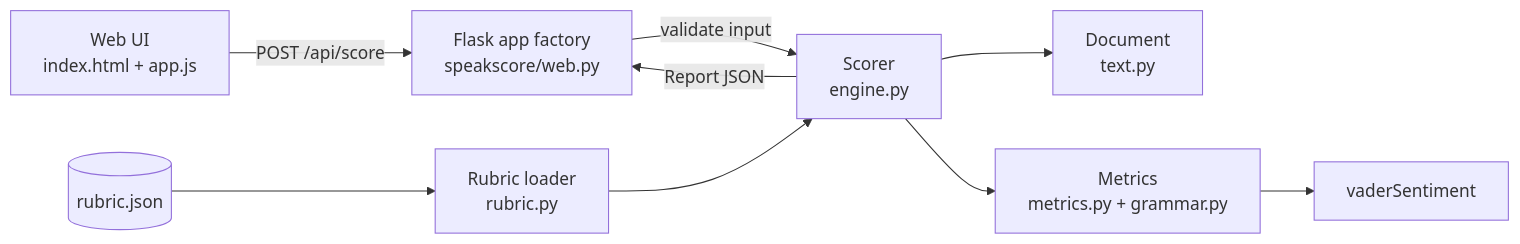
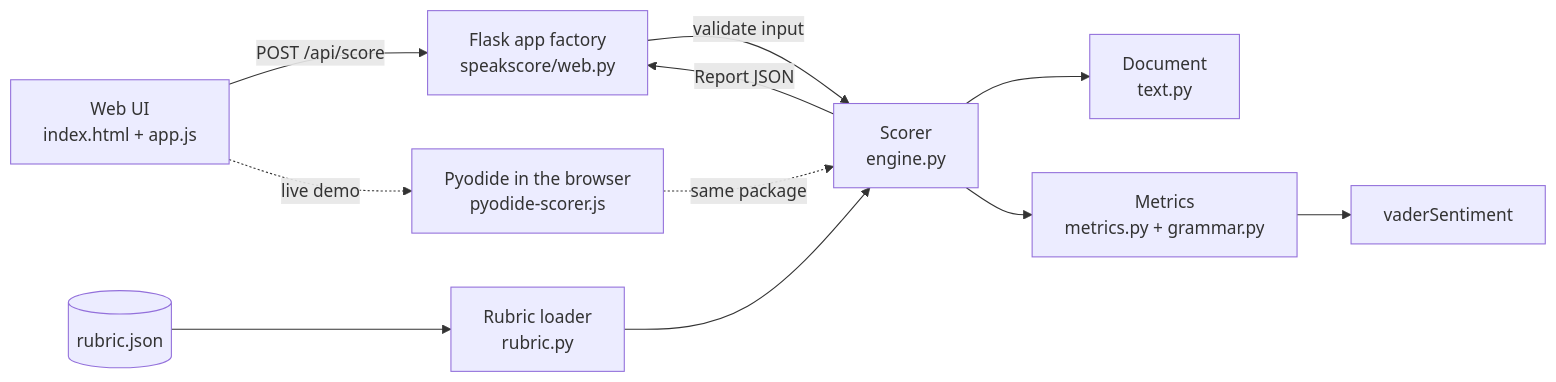
Before and after one commit to Raja9964/SpeakScore: the diagram in README.md, drawn with Mermaid. The commit also changed other lines of this file, not shown here.

First line of the commit message:
Link the live demo and drop localhost URLs from the README

````diff
--- a/README.md
+++ b/README.md
@@ -63,10 +66,12 @@
 ```mermaid
 flowchart LR
     UI[Web UI<br/>index.html + app.js] -->|POST /api/score| API[Flask app factory<br/>speakscore/web.py]
+    UI -.->|live demo| Pyodide[Pyodide in the browser<br/>pyodide-scorer.js]
     API -->|validate input| Engine[Scorer<br/>engine.py]
+    Pyodide -.->|same package| Engine
     Rubric[(rubric.json)] --> Loader[Rubric loader<br/>rubric.py] --> Engine
     Engine --> Text[Document<br/>text.py]
     Engine --> Metrics[Metrics<br/>metrics.py + grammar.py]
     Metrics --> VADER[vaderSentiment]
     Engine -->|Report JSON| API
 ```
````
